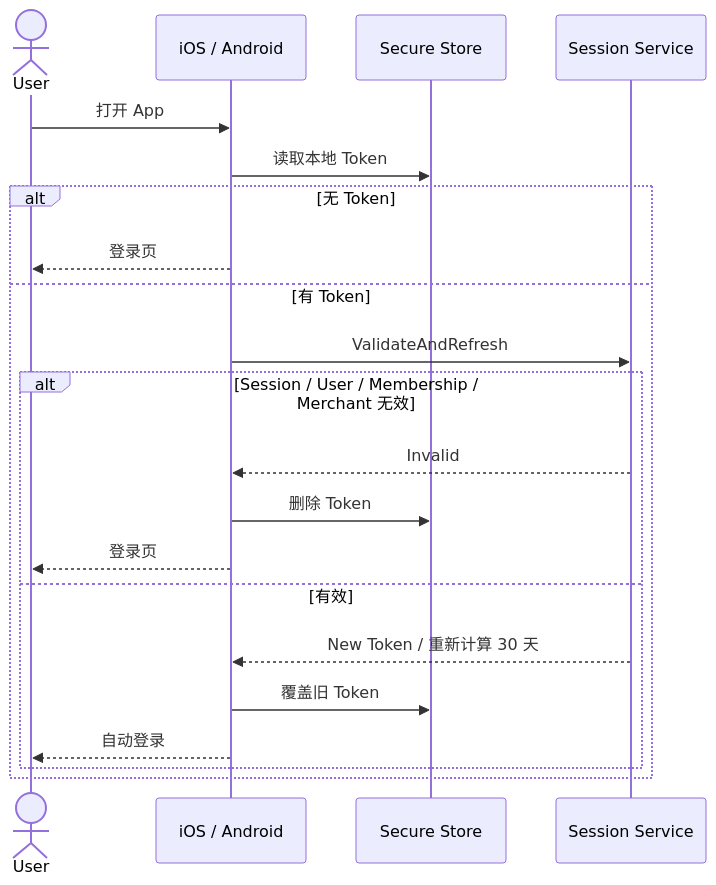
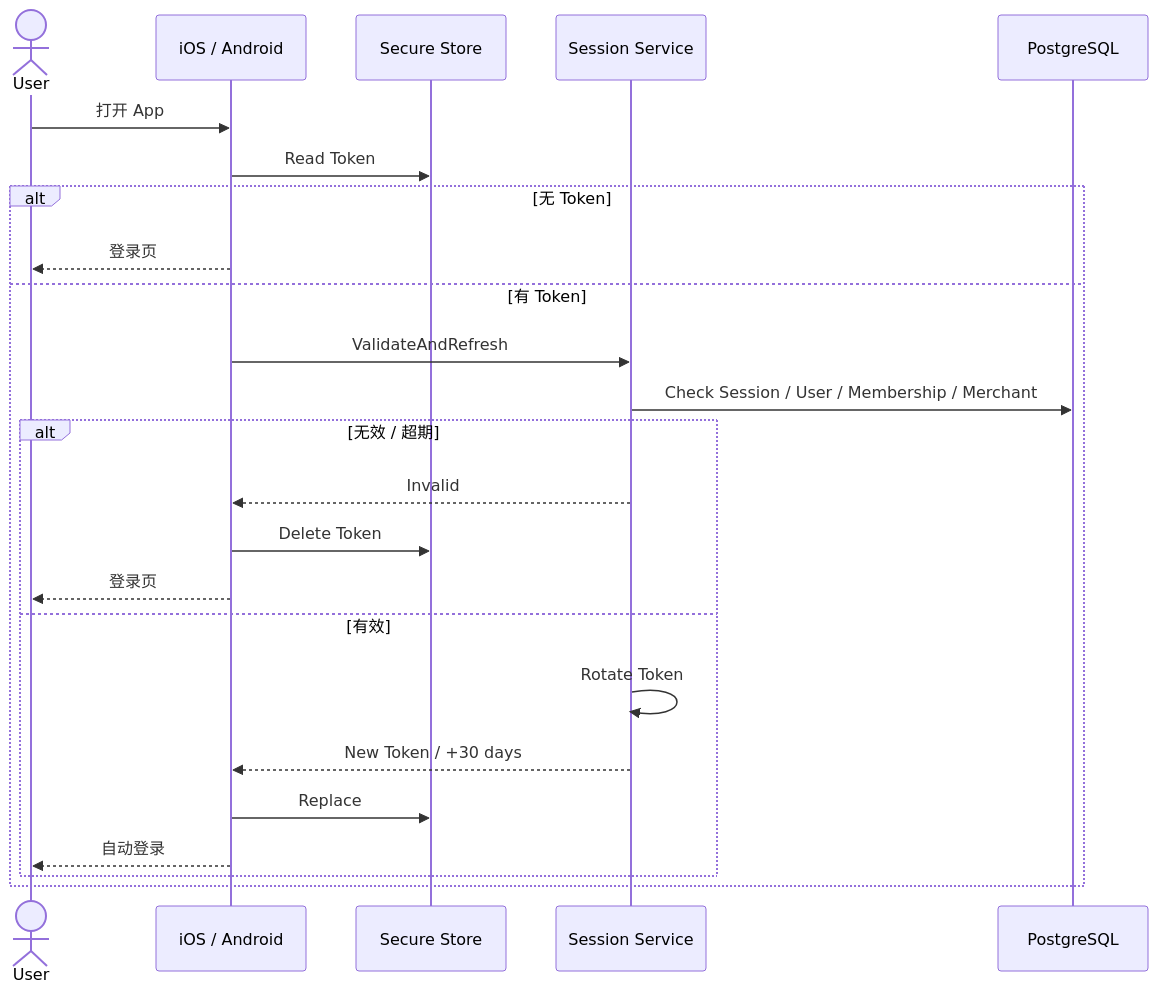
One commit to sxyq/mastergoods changed the third of 6 diagrams in docs/system-design/01-账户与身份/02-登录与会话.md. Above: the diagram before and after it, drawn with Mermaid. The commit also changed other lines of this file and 4 other files, not shown here.

````diff
--- a/docs/system-design/01-账户与身份/02-登录与会话.md
+++ b/docs/system-design/01-账户与身份/02-登录与会话.md
@@ -60,26 +106,29 @@
 ```mermaid
 sequenceDiagram
     actor U as User
     participant APP as iOS / Android
     participant STORE as Secure Store
-    participant IAM as Session Service
+    participant SESSION as Session Service
+    participant DB as PostgreSQL
 
     U->>APP: 打开 App
-    APP->>STORE: 读取本地 Token
+    APP->>STORE: Read Token
 
     alt 无 Token
         APP-->>U: 登录页
     else 有 Token
-        APP->>IAM: ValidateAndRefresh
+        APP->>SESSION: ValidateAndRefresh
+        SESSION->>DB: Check Session / User / Membership / Merchant
 
-        alt Session / User / Membership / Merchant 无效
-            IAM-->>APP: Invalid
-            APP->>STORE: 删除 Token
+        alt 无效 / 超期
+            SESSION-->>APP: Invalid
+            APP->>STORE: Delete Token
             APP-->>U: 登录页
         else 有效
-            IAM-->>APP: New Token / 重新计算 30 天
-            APP->>STORE: 覆盖旧 Token
+            SESSION->>SESSION: Rotate Token
+            SESSION-->>APP: New Token / +30 days
+            APP->>STORE: Replace
             APP-->>U: 自动登录
         end
     end
 ```
````
